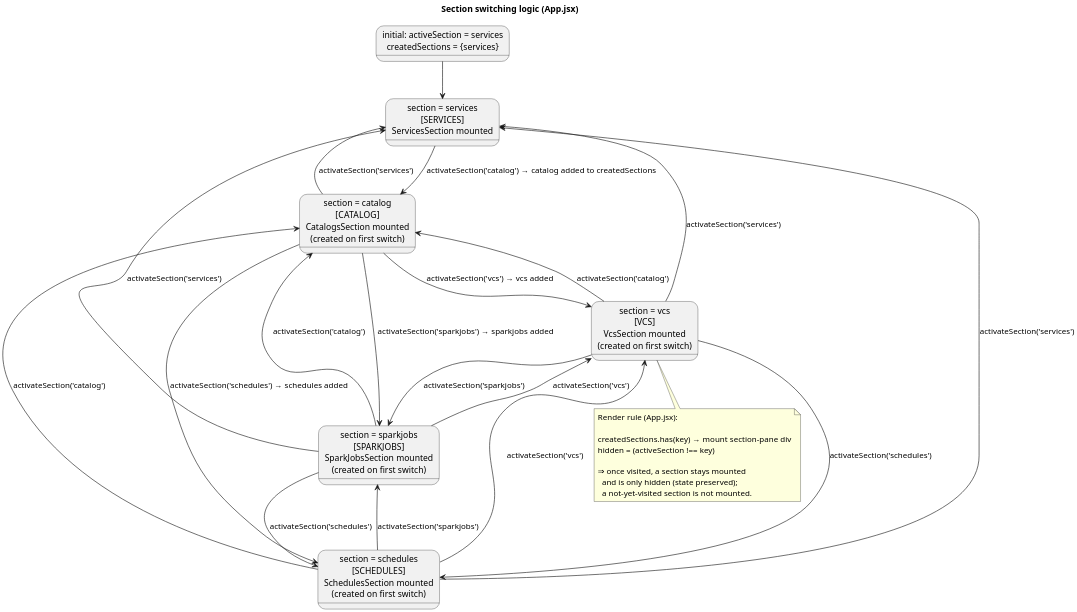
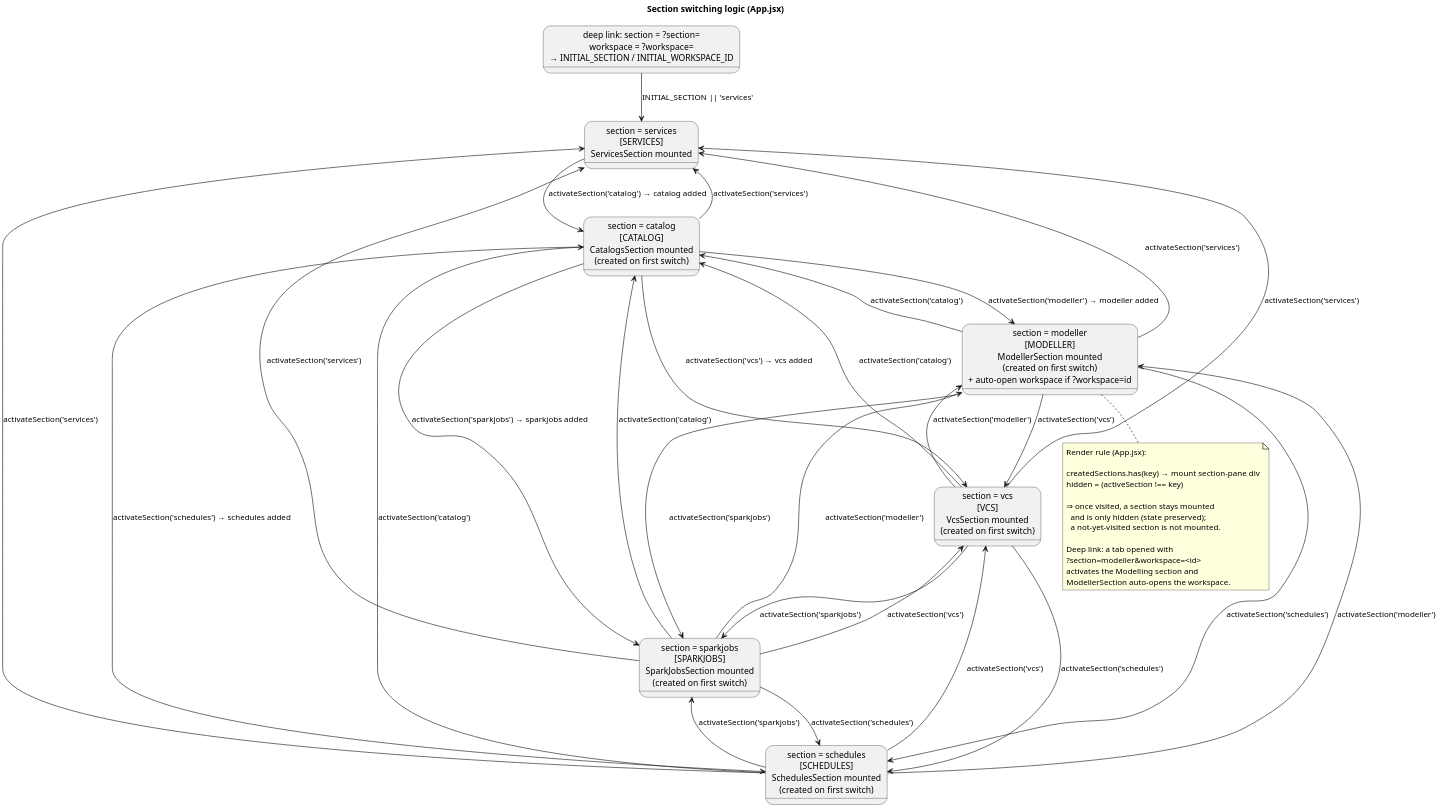
The diagram in lakehouse-ui-svc/doc/arch/diagrams/section-switching.puml (zaytsevdmitry/lakehouse), drawn with PlantUML before and after one commit. The commit also changed 277 other files, not shown here.

```diff
--- a/lakehouse-ui-svc/doc/arch/diagrams/section-switching.puml
+++ b/lakehouse-ui-svc/doc/arch/diagrams/section-switching.puml
@@ -1,50 +1,66 @@
 @startuml
 title Section switching logic (App.jsx)
 skinparam shadowing false
 skinparam defaultFontName "Helvetica"
 skinparam dpi 150
 
 scale 1.4
 
-state "initial: activeSection = services\ncreatedSections = {services}" as init
+state "deep link: section = ?section=\nworkspace = ?workspace=\n→ INITIAL_SECTION / INITIAL_WORKSPACE_ID" as deeplink
 
 state "section = services\n[SERVICES]\nServicesSection mounted" as services
 state "section = catalog\n[CATALOG]\nCatalogsSection mounted\n(created on first switch)" as catalog
 state "section = schedules\n[SCHEDULES]\nSchedulesSection mounted\n(created on first switch)" as schedules
 state "section = sparkjobs\n[SPARKJOBS]\nSparkJobsSection mounted\n(created on first switch)" as sparkjobs
 state "section = vcs\n[VCS]\nVcsSection mounted\n(created on first switch)" as vcs
+state "section = modeller\n[MODELLER]\nModellerSection mounted\n(created on first switch)\n+ auto-open workspace if ?workspace=id" as modeller
 
-init --> services
+deeplink --> services : INITIAL_SECTION || 'services'
 
-services --> catalog : activateSection('catalog')  → catalog added to createdSections
+services --> catalog : activateSection('catalog')  → catalog added
 catalog --> services : activateSection('services')
 catalog --> schedules : activateSection('schedules')  → schedules added
 catalog --> sparkjobs : activateSection('sparkjobs')  → sparkjobs added
 catalog --> vcs : activateSection('vcs')  → vcs added
+catalog --> modeller : activateSection('modeller')  → modeller added
 
 schedules --> services : activateSection('services')
 schedules --> catalog : activateSection('catalog')
 schedules --> sparkjobs : activateSection('sparkjobs')
 schedules --> vcs : activateSection('vcs')
+schedules --> modeller : activateSection('modeller')
 
 sparkjobs --> services : activateSection('services')
 sparkjobs --> catalog : activateSection('catalog')
 sparkjobs --> schedules : activateSection('schedules')
 sparkjobs --> vcs : activateSection('vcs')
+sparkjobs --> modeller : activateSection('modeller')
 
 vcs --> services : activateSection('services')
 vcs --> catalog : activateSection('catalog')
 vcs --> schedules : activateSection('schedules')
 vcs --> sparkjobs : activateSection('sparkjobs')
+vcs --> modeller : activateSection('modeller')
+
+modeller --> services : activateSection('services')
+modeller --> catalog : activateSection('catalog')
+modeller --> schedules : activateSection('schedules')
+modeller --> sparkjobs : activateSection('sparkjobs')
+modeller --> vcs : activateSection('vcs')
 
 note bottom
   Render rule (App.jsx):
 
   createdSections.has(key)  → mount section-pane div
   hidden = (activeSection !== key)
 
   ⇒ once visited, a section stays mounted
     and is only hidden (state preserved);
     a not-yet-visited section is not mounted.
+
+  Deep link: a tab opened with
+  ?section=modeller&workspace=<id>
+  activates the Modelling section and
+  ModellerSection auto-opens the workspace.
 end note
 @enduml
```
